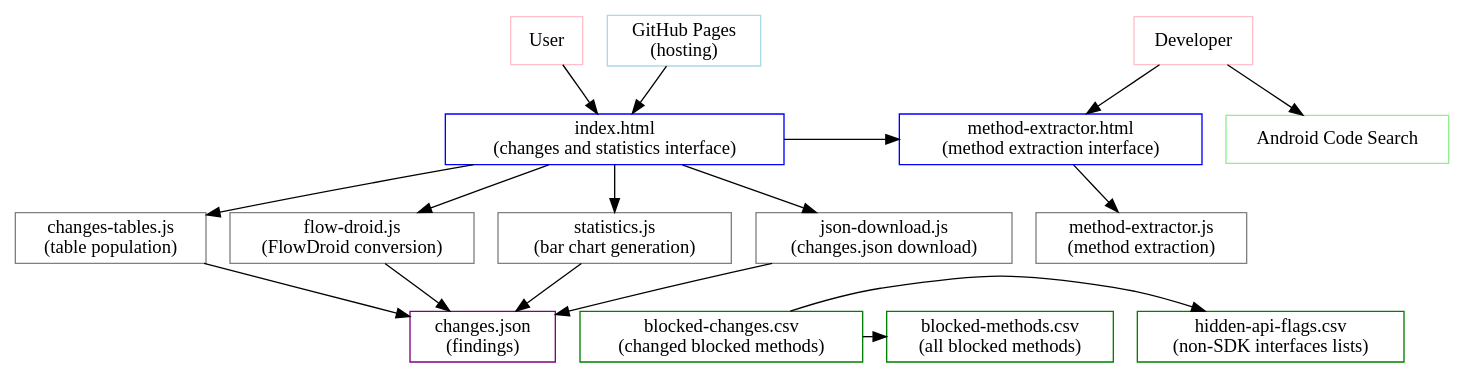
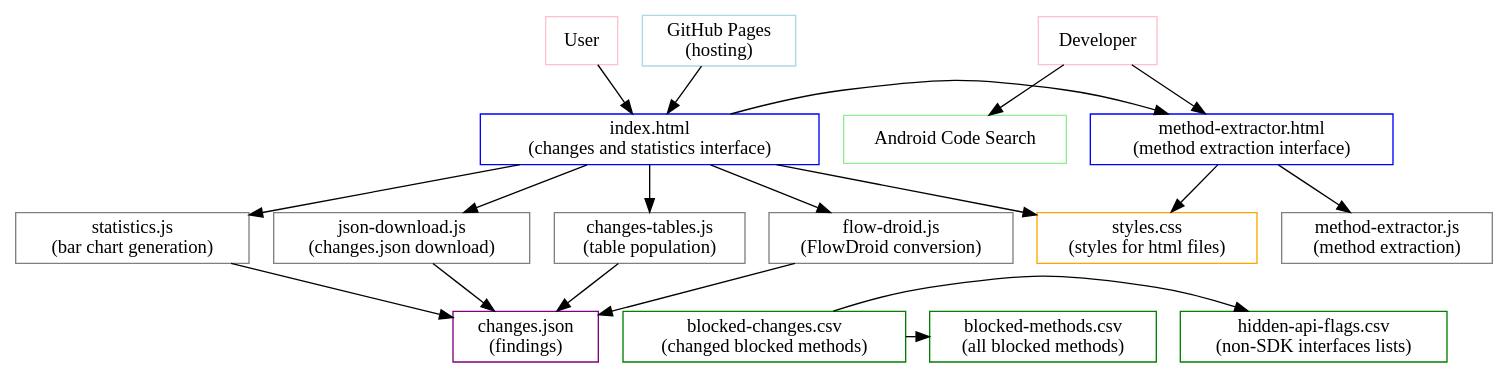
The diagram in overview.dot (Laurax64/Sources-Sinks-Android-API-35), drawn with Graphviz before and after one commit. The commit also changed 2 other files, not shown here.

Commit message:
Add styles to diagram

```diff
--- a/overview.dot
+++ b/overview.dot
@@ -1,52 +1,58 @@
 digraph {
-	graph [rankdir = TB  ]
+	graph [rankdir = TB]
 	node[shape = rectangle]
 	
     { rank=same; index_html; method_extractor_html;}
     { rank=same; changes_tables_js; flow_droid_js; method_extractor_js; statistics_js; json_download_js; }
     { rank=same; hidden_api_csv; blocked_methods_csv; blocked_changes_csv; changes_json}
-    { rank=same; user; developer; github_pages }
+    { rank=same; user; developer; github_pages}
+
    
     user [label = User, color = pink] 
     developer[label = Developer, color = pink]
     github_pages [label = "GitHub Pages\n(hosting)" color = lightblue]
-	
+    
+	styles_css [label = "styles.css\n(styles for html files)", color = orange]
+	 
 	index_html [label = "index.html\n(changes and statistics interface)", color = blue]
 	method_extractor_html [label="method-extractor.html\n(method extraction interface)", color = blue]
-	 
+	
 	changes_tables_js [label = "changes-tables.js\n(table population)", color = gray]
 	flow_droid_js [label = "flow-droid.js\n(FlowDroid conversion)", color = gray]
 	method_extractor_js [label="method-extractor.js\n(method extraction)",  color = gray]
 	statistics_js [label = "statistics.js\n(bar chart generation)",  color = gray]
 	json_download_js[label = "json-download.js\n(changes.json download)",  color = gray]
 	
 	hidden_api_csv [label = "hidden-api-flags.csv\n(non-SDK interfaces lists)", color = green]
 	blocked_methods_csv [label = "blocked-methods.csv\n(all blocked methods)", color = green]
 	blocked_changes_csv [label = "blocked-changes.csv\n(changed blocked methods)", color = green]
 
 	changes_json [label = "changes.json\n(findings)" color = purple]
     
 	android_code_search [label = "Android Code Search" color = lightGreen] 
 	
 
   	user -> index_html 
   	developer -> method_extractor_html 
   	developer -> android_code_search 
   	github_pages -> index_html
-	
+  	
+    index_html -> styles_css
   	index_html -> method_extractor_html
 	index_html -> changes_tables_js
 	index_html -> flow_droid_js
 	index_html -> statistics_js
 	index_html -> json_download_js
+	method_extractor_html -> styles_css
 	method_extractor_html -> method_extractor_js
+	
 	
     changes_tables_js -> changes_json
 	flow_droid_js -> changes_json
 	statistics_js -> changes_json
 	json_download_js -> changes_json
 	
 	blocked_changes_csv -> hidden_api_csv 
 	blocked_changes_csv -> blocked_methods_csv
 	
 }
```
